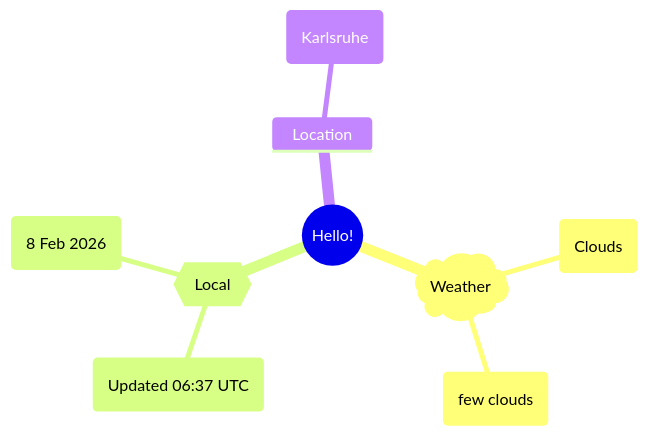
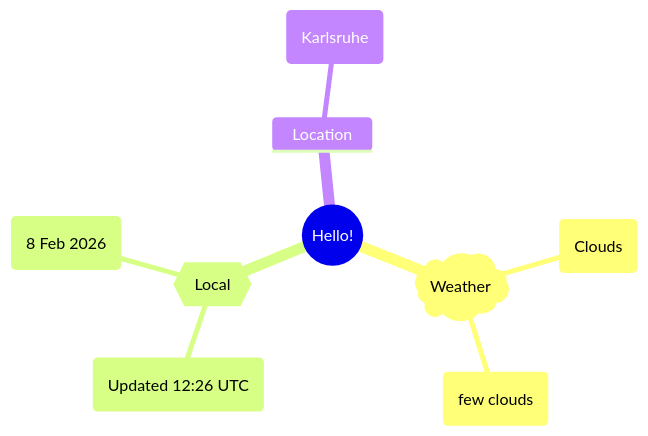
One commit to Xosrov/Xosrov changed the first of 2 diagrams in README.md. Above: the diagram before and after it, drawn with Mermaid.

Commit message:
[bot] updated images

````diff
--- a/README.md
+++ b/README.md
@@ -3,12 +3,12 @@
 ```mermaid
 mindmap
   root((Hello!))
     )Weather(
         (Clouds)
         (few clouds)
     {{Local}}
-        (Updated 06:37 UTC)
+        (Updated 12:26 UTC)
         (8 Feb 2026)
     Location
         (Karlsruhe)
 ```
````
